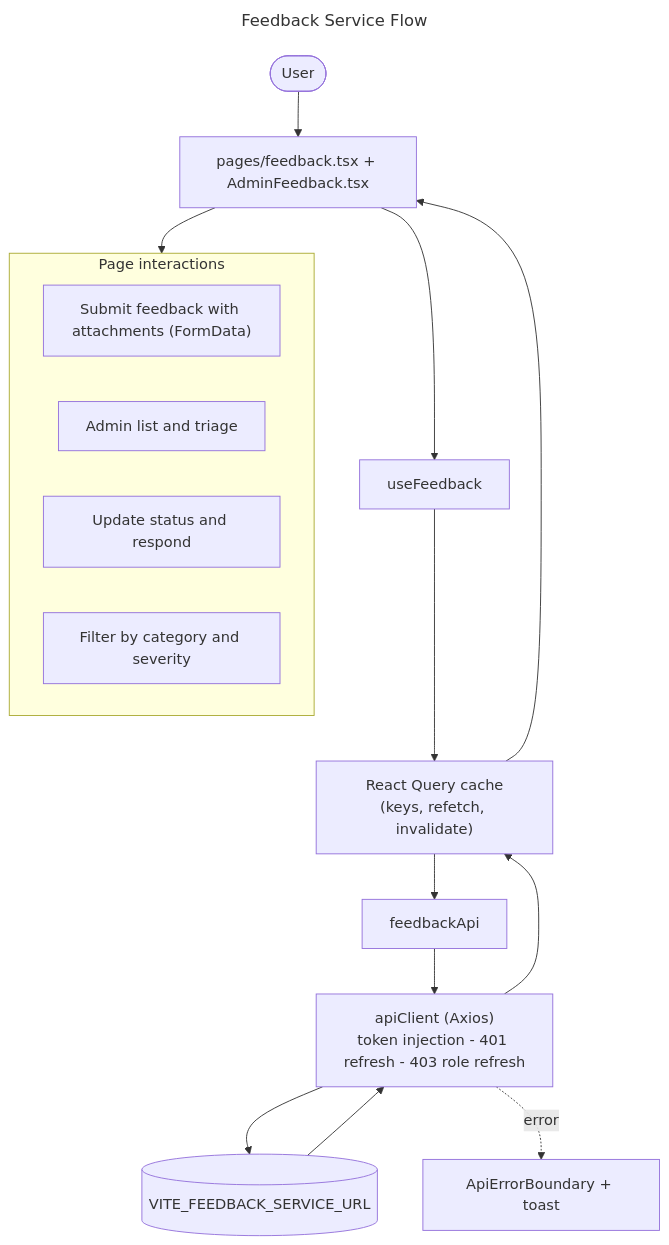
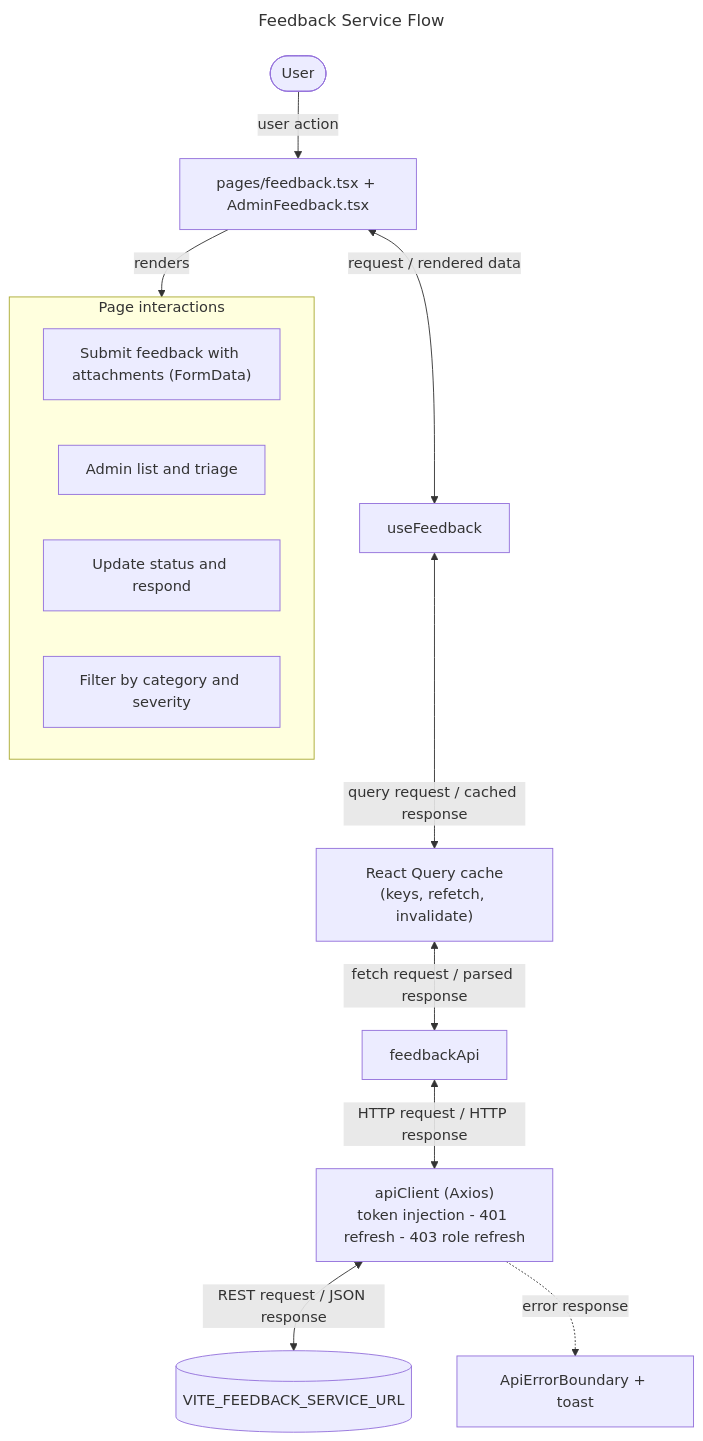
One commit to sayeeduddinofficial/user-table-view changed the diagram in docs/flowcharts/feedback.mmd. Above: the diagram before and after it, drawn with Mermaid. The commit also changed 18 other files, not shown here.

```diff
--- a/docs/flowcharts/feedback.mmd
+++ b/docs/flowcharts/feedback.mmd
@@ -1,19 +1,18 @@
 ---
 title: Feedback Service Flow
 ---
 flowchart TD
-  U([User]) --> P["pages/feedback.tsx + AdminFeedback.tsx"]
-  P --> H["useFeedback"]
-  H --> Q["React Query cache<br/>(keys, refetch, invalidate)"]
-  Q --> A["feedbackApi"]
-  A --> C["apiClient (Axios)<br/>token injection - 401 refresh - 403 role refresh"]
-  C --> S[("VITE_FEEDBACK_SERVICE_URL")]
-  S --> C --> Q --> P
+  U([User]) -->|"user action"| P["pages/feedback.tsx + AdminFeedback.tsx"]
+  P <-->|"request / rendered data"| H["useFeedback"]
+  H <-->|"query request / cached response"| Q["React Query cache<br/>(keys, refetch, invalidate)"]
+  Q <-->|"fetch request / parsed response"| A["feedbackApi"]
+  A <-->|"HTTP request / HTTP response"| C["apiClient (Axios)<br/>token injection - 401 refresh - 403 role refresh"]
+  C <-->|"REST request / JSON response"| S[("VITE_FEEDBACK_SERVICE_URL")]
+  P -->|"renders"| UI
   subgraph UI[Page interactions]
     S0["Submit feedback with attachments (FormData)"]
     S1["Admin list and triage"]
     S2["Update status and respond"]
     S3["Filter by category and severity"]
   end
-  P --> UI
-  C -. error .-> E["ApiErrorBoundary + toast"]
+  C -. "error response" .-> E["ApiErrorBoundary + toast"]
```
